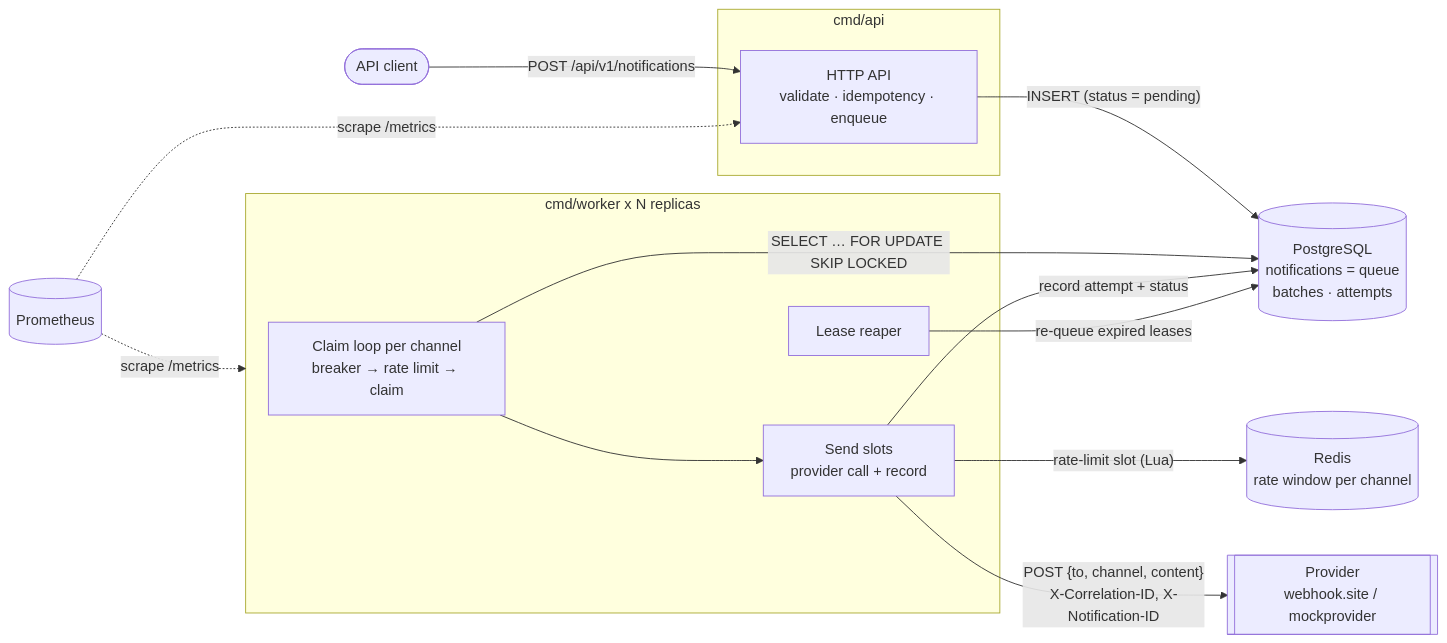
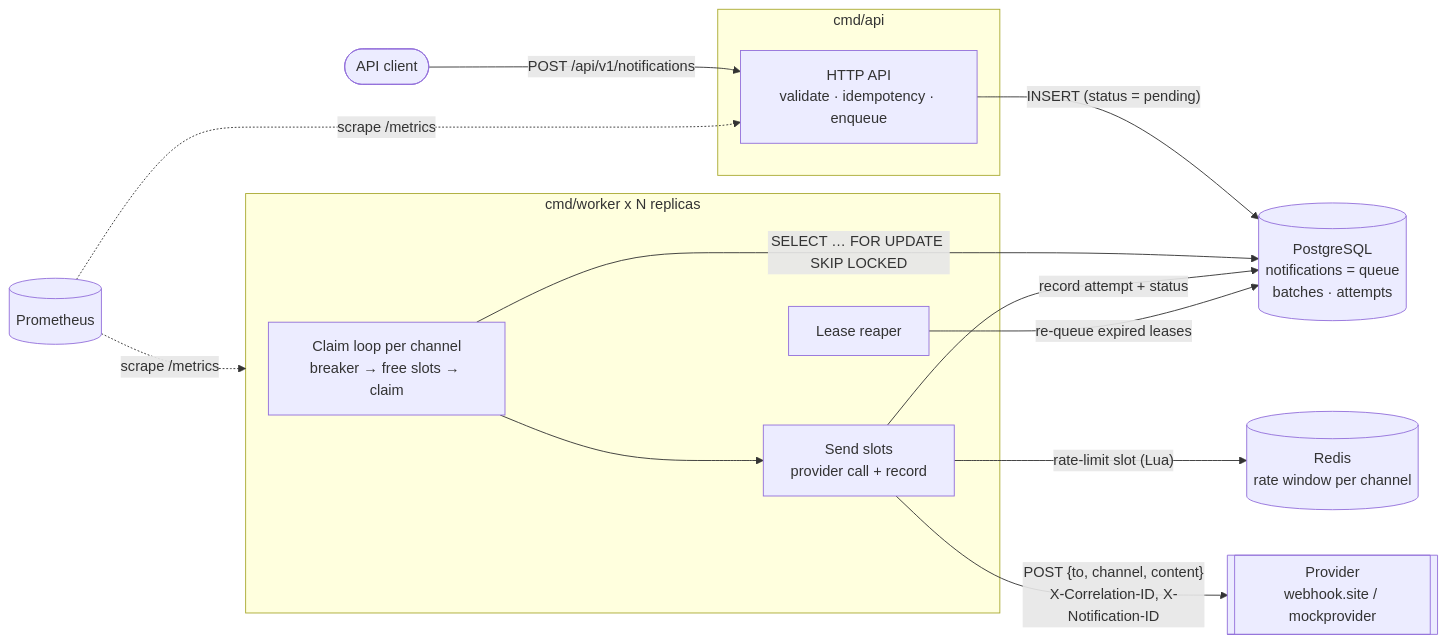
Before and after one commit to Chroex/insider-notification-service: the first of 3 diagrams in README.md, drawn with Mermaid.

Commit message:
docs(readme): match the architecture diagram to where the rate limit is taken

````diff
--- a/README.md
+++ b/README.md
@@ -75,27 +75,27 @@
 ```mermaid
 flowchart LR
     client([API client])
     subgraph api_box [cmd/api]
         api[HTTP API<br/>validate · idempotency · enqueue]
     end
     subgraph worker_box [cmd/worker x N replicas]
-        claim[Claim loop per channel<br/>breaker → rate limit → claim]
+        claim[Claim loop per channel<br/>breaker → free slots → claim]
         send[Send slots<br/>provider call + record]
         reaper[Lease reaper]
     end
     pg[(PostgreSQL<br/>notifications = queue<br/>batches · attempts)]
     redis[(Redis<br/>rate window per channel)]
     provider[[Provider<br/>webhook.site / mockprovider]]
     prom[(Prometheus)]
 
     client -- "POST /api/v1/notifications" --> api
     api -- "INSERT (status = pending)" --> pg
     claim -- "SELECT … FOR UPDATE SKIP LOCKED" --> pg
     claim --> send
     send -- "rate-limit slot (Lua)" --> redis
     send -- "POST {to, channel, content}<br/>X-Correlation-ID, X-Notification-ID" --> provider
     send -- "record attempt + status" --> pg
     reaper -- "re-queue expired leases" --> pg
     prom -. scrape /metrics .-> api
     prom -. scrape /metrics .-> worker_box
 ```
````
